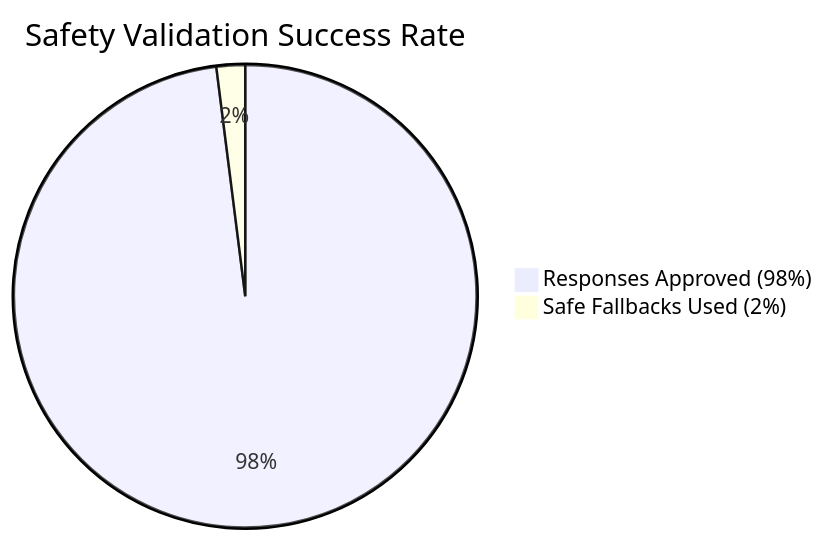
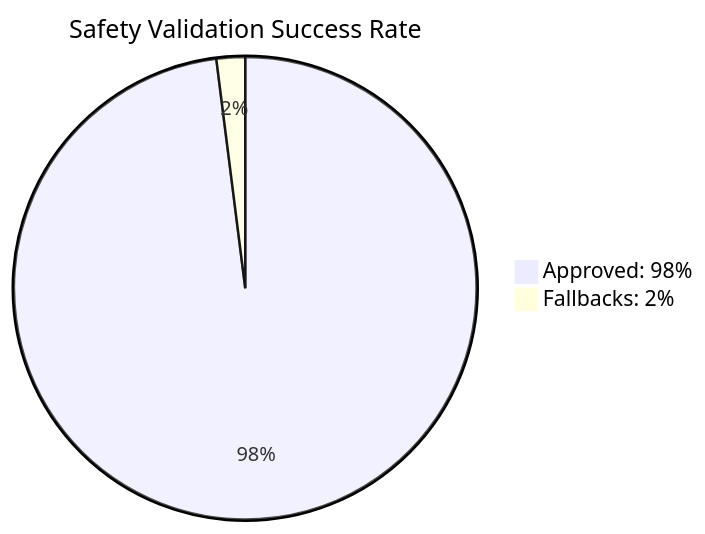
One commit to victorsaly/WorldLeadersGame changed the third of 4 diagrams in docs/_posts/2025-08-04-ai-agent-personality-system-child-safe-education.md. Above: the diagram before and after it, drawn with Mermaid. The commit also changed 7 other files, not shown here.

Commit message:
🎨 Update Mermaid Diagrams for Enhanced Clarity and Readability

````diff
--- a/docs/_posts/2025-08-04-ai-agent-personality-system-child-safe-education.md
+++ b/docs/_posts/2025-08-04-ai-agent-personality-system-child-safe-education.md
@@ -305,5 +305,6 @@
 ```mermaid
+%%{init: {'pie': {'textPosition': 0.75}, 'themeVariables': {'pieOuterStrokeWidth': '2px', 'pieSectionTextSize': '16px', 'pieTitleTextSize': '20px'}}}%%
 pie title Safety Validation Success Rate
-    "Responses Approved (98%)" : 98
-    "Safe Fallbacks Used (2%)" : 2
+    "Approved: 98%" : 98
+    "Fallbacks: 2%" : 2
 ```
````
